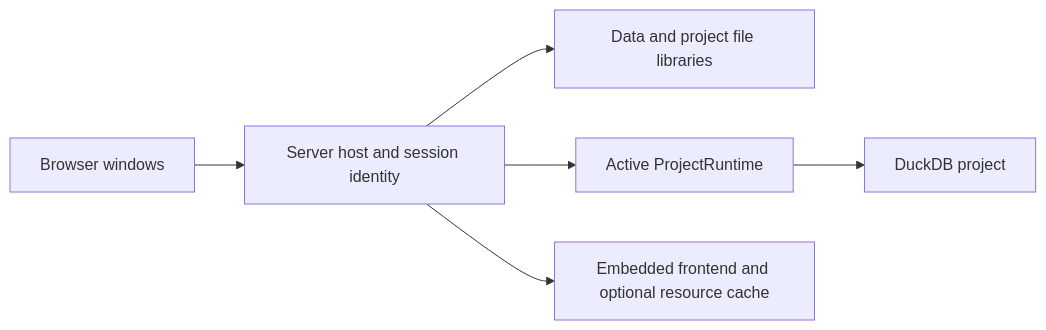
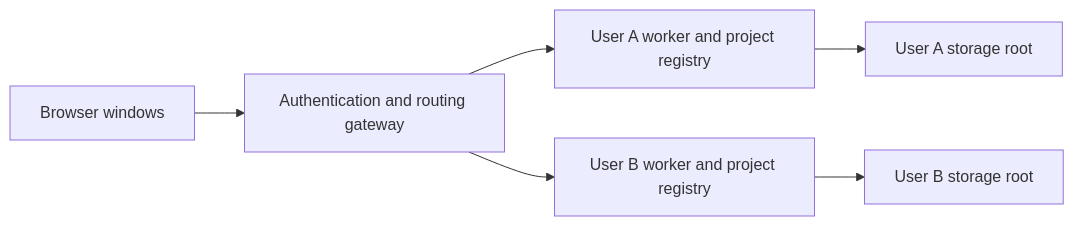
Before and after one commit to Australian-Text-Analytics-Platform/ldaca-wordflow: the diagram in docs/architecture/backend/server.md, drawn with Mermaid. The commit also changed other lines of this file and 157 other files, not shown here.

First line of the commit message:
Unify host storage, preferences and browser user isolation

````diff
--- a/docs/architecture/backend/server.md
+++ b/docs/architecture/backend/server.md
@@ -8,8 +8,8 @@
 ```mermaid
 flowchart LR
-    Browser[Browser windows] --> Host[Server host and session identity]
-    Host --> Library[Data and project file libraries]
-    Host --> Runtime[Active ProjectRuntime]
-    Runtime --> Project[DuckDB project]
-    Host --> Resources[Embedded frontend and optional resource cache]
+    Browser[Browser windows] --> Gateway[Authentication and routing gateway]
+    Gateway --> A[User A worker and project registry]
+    Gateway --> B[User B worker and project registry]
+    A --> RootA[User A storage root]
+    B --> RootB[User B storage root]
 ```
````
